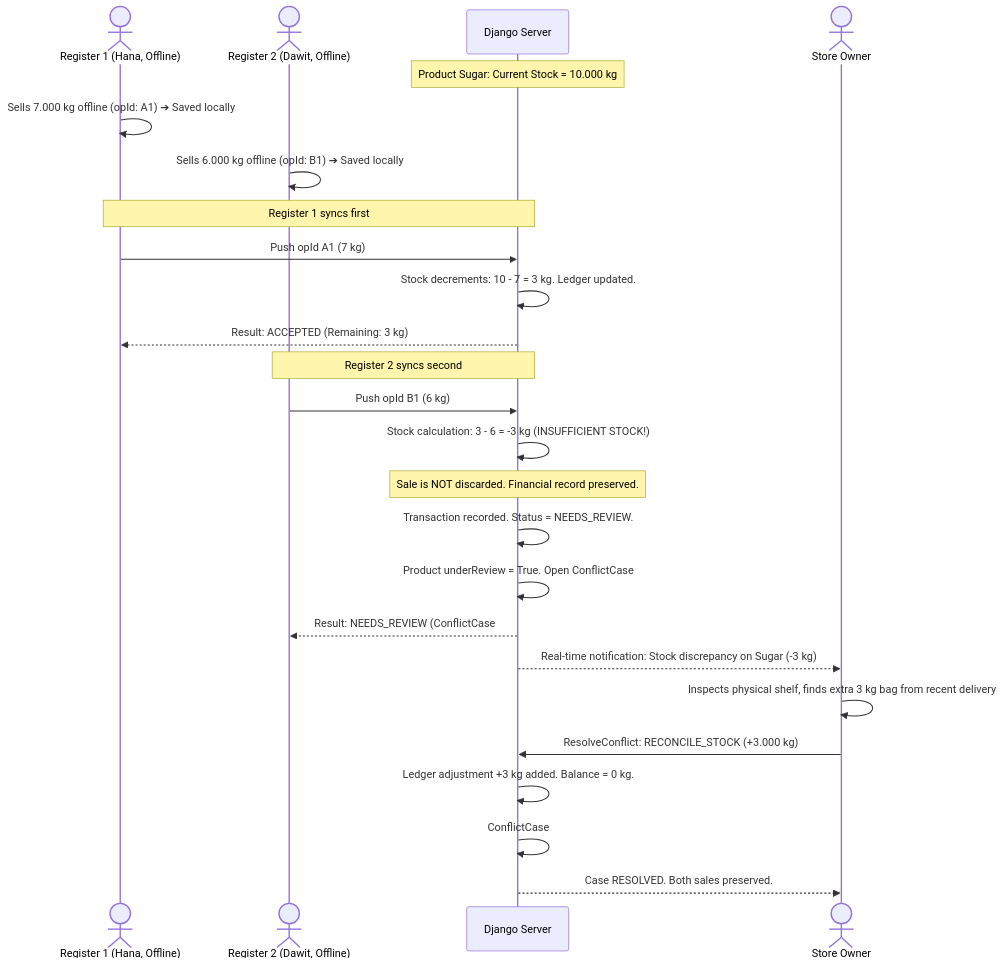
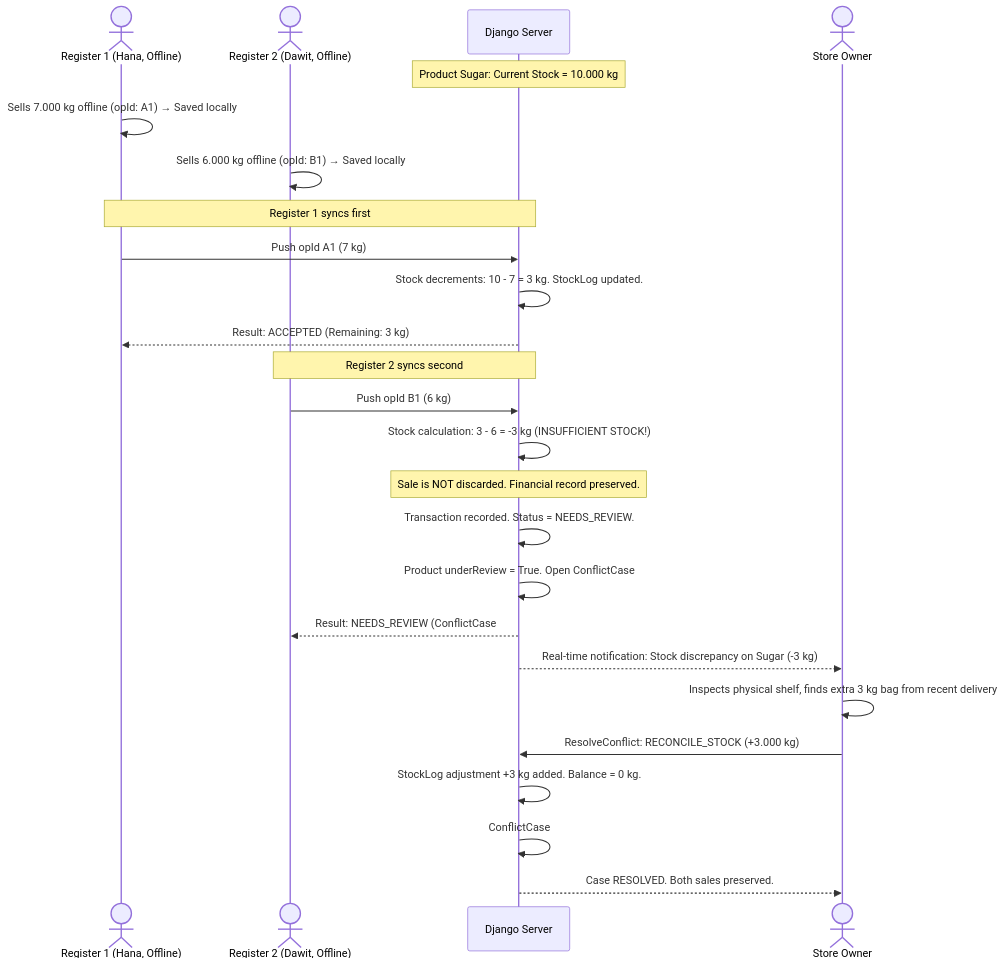
The fourth of 13 diagrams in docs/UX-FLOWS.md (Stokari/web), drawn with Mermaid before and after one commit. The commit also changed other lines of this file and 274 other files, not shown here.

````diff
--- a/docs/UX-FLOWS.md
+++ b/docs/UX-FLOWS.md
@@ -71,31 +115,31 @@
 ```mermaid
 sequenceDiagram
-  actor A as Register 1 (Hana, Offline)
-  actor B as Register 2 (Dawit, Offline)
-  participant S as Django Server
-  actor O as Store Owner
+    actor A as Register 1 (Hana, Offline)
+    actor B as Register 2 (Dawit, Offline)
+    participant S as Django Server
+    actor O as Store Owner
 
-  Note over S: Product Sugar: Current Stock = 10.000 kg
-  A->>A: Sells 7.000 kg offline (opId: A1) ➔ Saved locally
-  B->>B: Sells 6.000 kg offline (opId: B1) ➔ Saved locally
+    Note over S: Product Sugar: Current Stock = 10.000 kg
+    A->>A: Sells 7.000 kg offline (opId: A1) → Saved locally
+    B->>B: Sells 6.000 kg offline (opId: B1) → Saved locally
 
-  Note over A,S: Register 1 syncs first
-  A->>S: Push opId A1 (7 kg)
-  S->>S: Stock decrements: 10 - 7 = 3 kg. Ledger updated.
-  S-->>A: Result: ACCEPTED (Remaining: 3 kg)
+    Note over A,S: Register 1 syncs first
+    A->>S: Push opId A1 (7 kg)
+    S->>S: Stock decrements: 10 - 7 = 3 kg. StockLog updated.
+    S-->>A: Result: ACCEPTED (Remaining: 3 kg)
 
-  Note over B,S: Register 2 syncs second
-  B->>S: Push opId B1 (6 kg)
-  S->>S: Stock calculation: 3 - 6 = -3 kg (INSUFFICIENT STOCK!)
-  Note over S: Sale is NOT discarded. Financial record preserved.
-  S->>S: Transaction recorded. Status = NEEDS_REVIEW.
-  S->>S: Product underReview = True. Open ConflictCase #0191-B7.
-  S-->>B: Result: NEEDS_REVIEW (ConflictCase #0191-B7 opened)
+    Note over B,S: Register 2 syncs second
+    B->>S: Push opId B1 (6 kg)
+    S->>S: Stock calculation: 3 - 6 = -3 kg (INSUFFICIENT STOCK!)
+    Note over S: Sale is NOT discarded. Financial record preserved.
+    S->>S: Transaction recorded. Status = NEEDS_REVIEW.
+    S->>S: Product underReview = True. Open ConflictCase #0191-B7.
+    S-->>B: Result: NEEDS_REVIEW (ConflictCase #0191-B7 opened)
 
-  S-->>O: Real-time notification: Stock discrepancy on Sugar (-3 kg)
-  O->>O: Inspects physical shelf, finds extra 3 kg bag from recent delivery
-  O->>S: ResolveConflict: RECONCILE_STOCK (+3.000 kg)
-  S->>S: Ledger adjustment +3 kg added. Balance = 0 kg.
-  S->>S: ConflictCase #0191-B7 closed. underReview cleared.
-  S-->>O: Case RESOLVED. Both sales preserved.
+    S-->>O: Real-time notification: Stock discrepancy on Sugar (-3 kg)
+    O->>O: Inspects physical shelf, finds extra 3 kg bag from recent delivery
+    O->>S: ResolveConflict: RECONCILE_STOCK (+3.000 kg)
+    S->>S: StockLog adjustment +3 kg added. Balance = 0 kg.
+    S->>S: ConflictCase #0191-B7 closed. underReview cleared.
+    S-->>O: Case RESOLVED. Both sales preserved.
 ```
````
